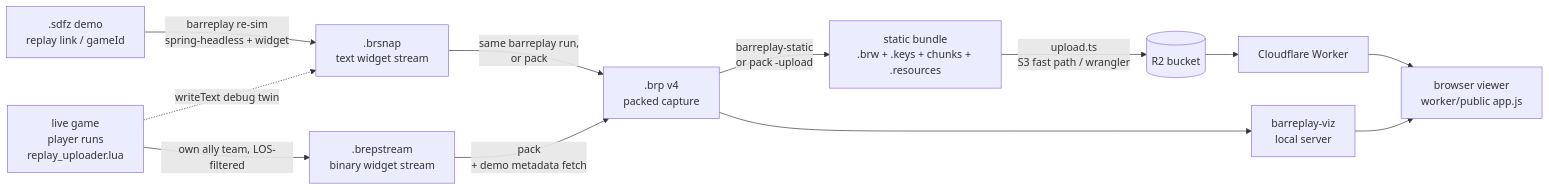
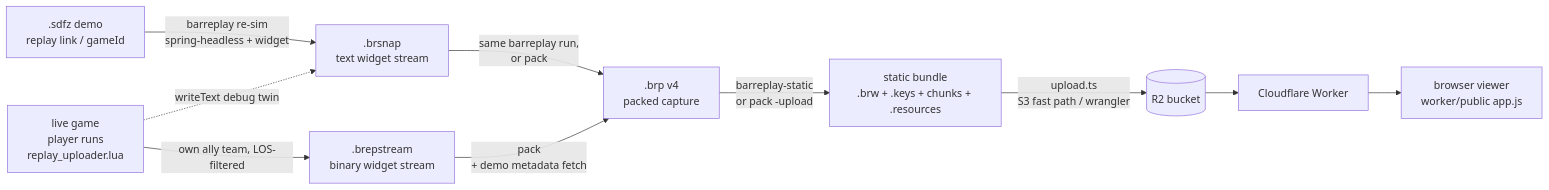
The diagram in README.md (mabn/barreplay), drawn with Mermaid before and after one commit. The commit also changed other lines of this file and 24 other files, not shown here.

````diff
--- a/README.md
+++ b/README.md
@@ -35,23 +35,21 @@
 ```mermaid
 flowchart LR
     sdfz[".sdfz demo<br/>replay link / gameId"]
     live["live game<br/>player runs<br/>replay_uploader.lua"]
     brsnap[".brsnap<br/>text widget stream"]
     breps[".brepstream<br/>binary widget stream"]
     brp[".brp v4<br/>packed capture"]
     bundle["static bundle<br/>.brw + .keys + chunks + .resources"]
     r2[("R2 bucket")]
-    viz["barreplay-viz<br/>local server"]
     worker["Cloudflare Worker"]
     viewer["browser viewer<br/>worker/public app.js"]
 
     sdfz -->|"barreplay re-sim<br/>spring-headless + widget"| brsnap
     live -->|"own ally team, LOS-filtered"| breps
     live -.->|"writeText debug twin"| brsnap
     brsnap -->|"same barreplay run,<br/>or pack"| brp
     breps -->|"pack<br/>+ demo metadata fetch"| brp
     brp -->|"barreplay-static<br/>or pack -upload"| bundle
     bundle -->|"upload.ts<br/>S3 fast path / wrangler"| r2
     r2 --> worker --> viewer
-    brp --> viz --> viewer
 ```
````
